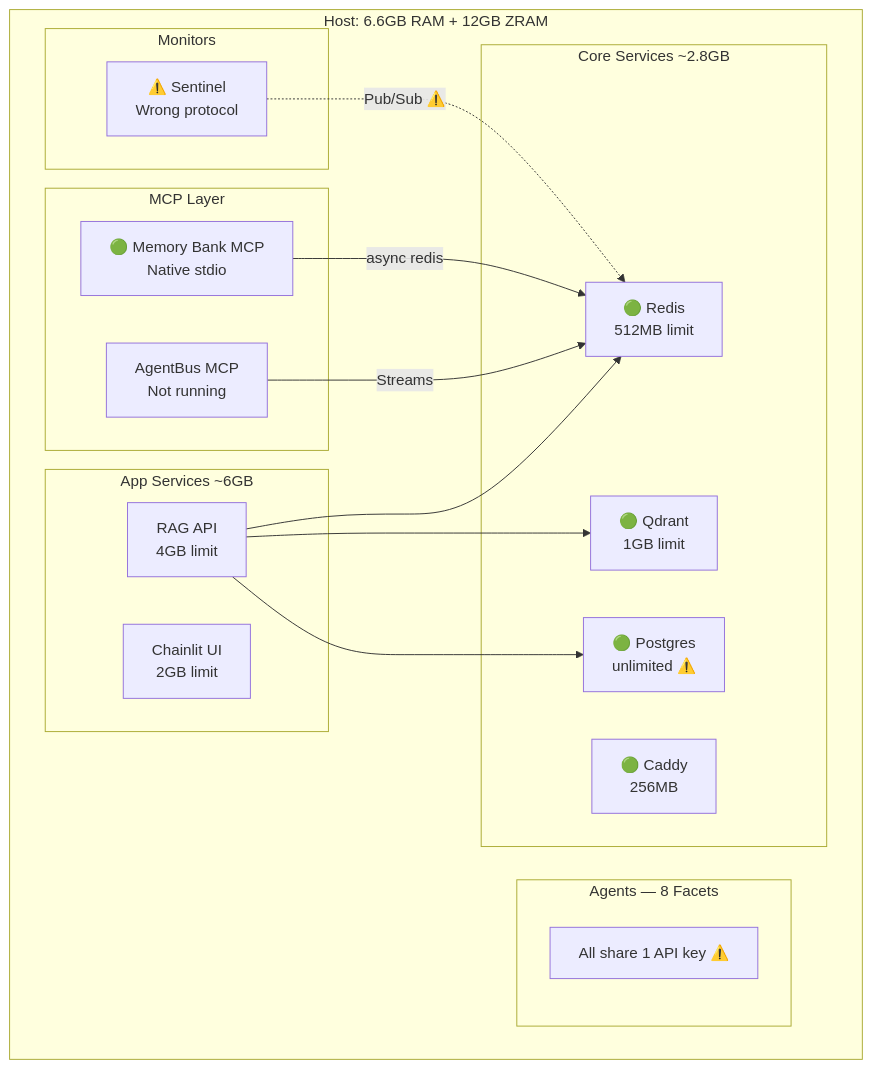
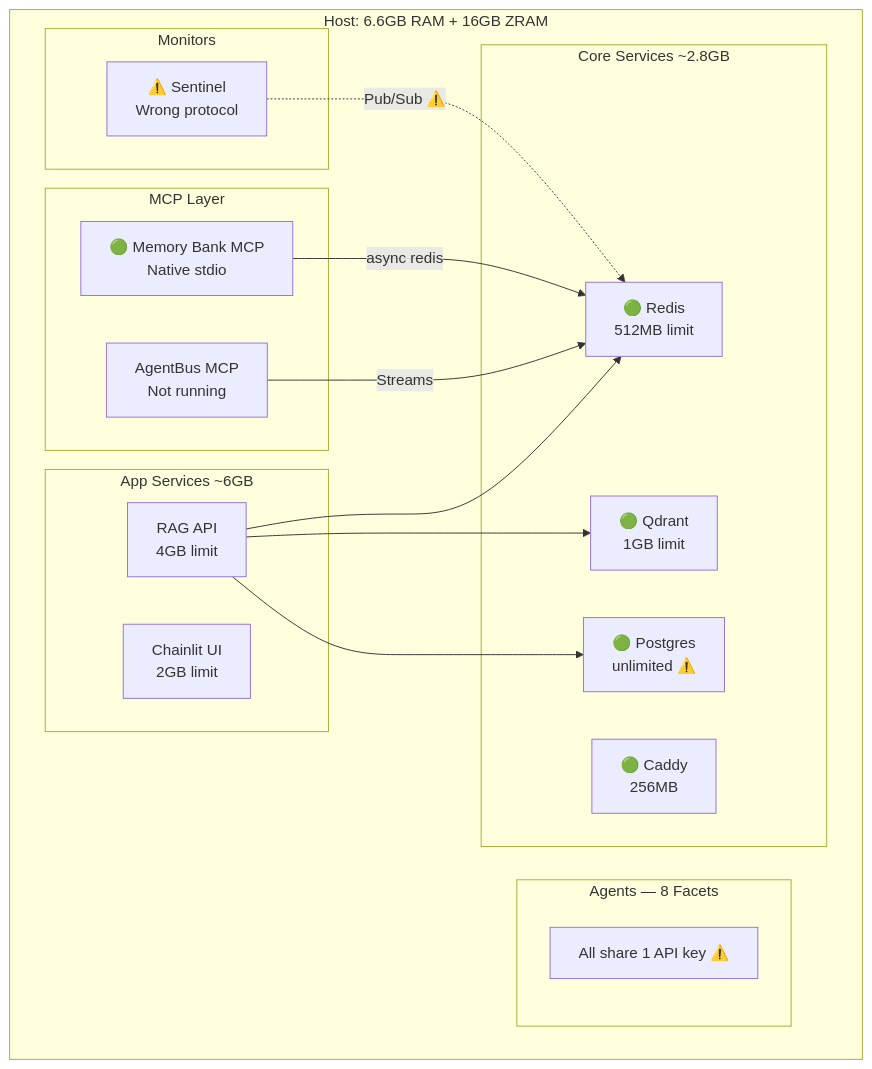
The diagram in _archive/2026-03-14/OPUS_STRATEGIC_AUDIT_20260308.md (Xoe-NovAi/xoe-novai-foundation), drawn with Mermaid before and after one commit. The commit also changed other lines of this file and 271 other files, not shown here.

````diff
--- a/_archive/2026-03-14/OPUS_STRATEGIC_AUDIT_20260308.md
+++ b/_archive/2026-03-14/OPUS_STRATEGIC_AUDIT_20260308.md
@@ -507,34 +507,34 @@
 ```mermaid
 graph TB
-    subgraph "Host: 6.6GB RAM + 12GB ZRAM"
+    subgraph "Host: 6.6GB RAM + 16GB ZRAM"
         subgraph "Core Services ~2.8GB"
             Redis["🟢 Redis<br/>512MB limit"]
             Qdrant["🟢 Qdrant<br/>1GB limit"]
             Postgres["🟢 Postgres<br/>unlimited ⚠️"]
             Caddy["🟢 Caddy<br/>256MB"]
         end
         
         subgraph "App Services ~6GB"
             RAG["RAG API<br/>4GB limit"]
             UI["Chainlit UI<br/>2GB limit"]
         end
         
         subgraph "MCP Layer"
             MBMCP["🟢 Memory Bank MCP<br/>Native stdio"]
             AgentBusMCP["AgentBus MCP<br/>Not running"]
         end
         
         subgraph "Agents — 8 Facets"
             F["All share 1 API key ⚠️"]
         end
         
         subgraph "Monitors"
             Sentinel["⚠️ Sentinel<br/>Wrong protocol"]
         end
     end
     
     MBMCP -->|async redis| Redis
     AgentBusMCP -->|Streams| Redis
     RAG --> Redis & Qdrant & Postgres
     Sentinel -.->|"Pub/Sub ⚠️"| Redis
 ```
````
